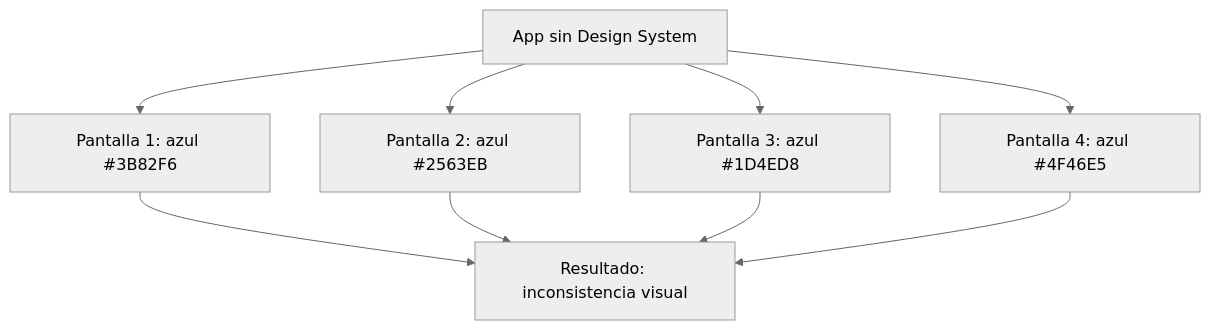
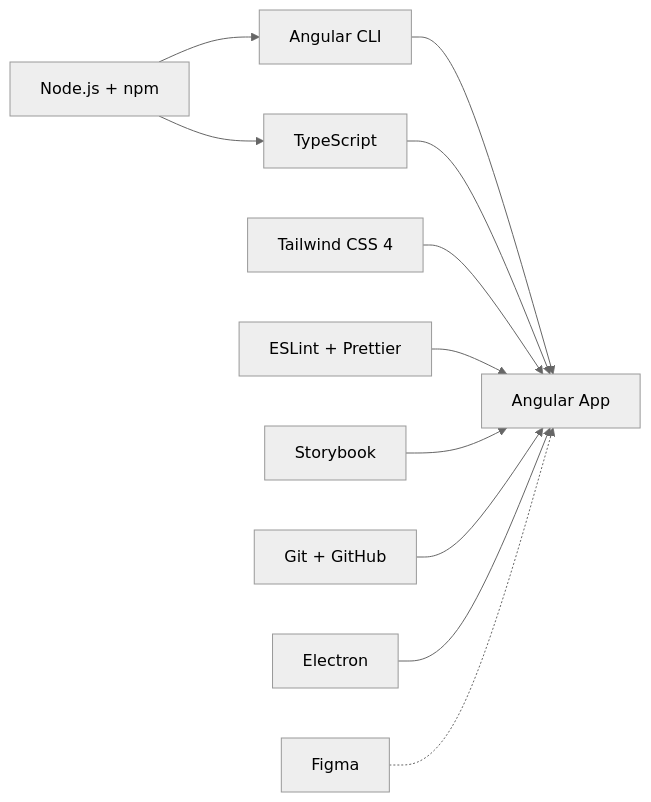
One commit to Jose-Quesada/presentacion-desarrollo-interfaces-26-27 changed the first of 3 diagrams in unidad-09.md. Above: the diagram before and after it, drawn with Mermaid (neutral theme). The commit also changed other lines of this file and 52 other files, not shown here.

````diff
--- a/unidad-09.md
+++ b/unidad-09.md
@@ -32,12 +61,13 @@
-```mermaid
-graph TD
-    A[App sin Design System] --> B[Pantalla 1: azul #3B82F6]
-    A --> C[Pantalla 2: azul #2563EB]
-    A --> D[Pantalla 3: azul #1D4ED8]
-    A --> E[Pantalla 4: azul #4F46E5]
-    
-    B --> F[Resultado: inconsistencia visual]
-    C --> F
-    D --> F
-    E --> F
-```
+<div class="mermaid">
+graph LR
+  A[Node.js + npm] --> B[Angular CLI]
+  A --> C[TypeScript]
+  B --> D[Angular App]
+  C --> D
+  E[Tailwind CSS 4] --> D
+  F[ESLint + Prettier] --> D
+  G[Storybook] --> D
+  H[Git + GitHub] --> D
+  I[Electron] --> D
+  J[Figma] -.-> D
+</div>
````
